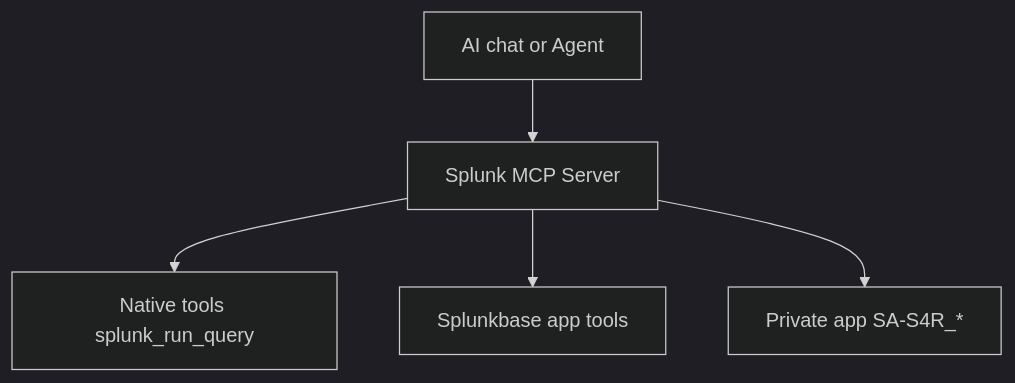
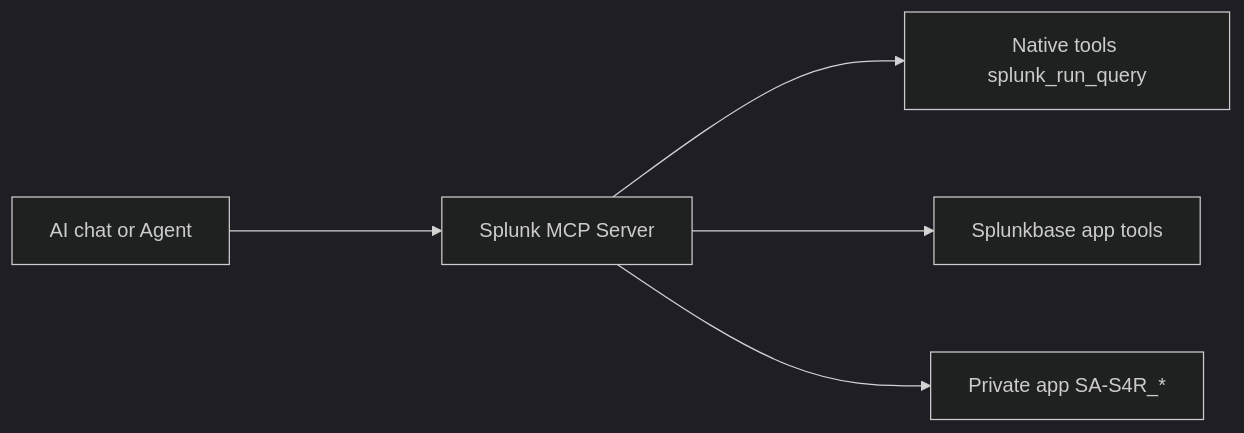
Before and after one commit to dd-Splunk/splunk-mcp: the first of 6 diagrams in demo-slides/s4r-demo-slides.md, drawn with Mermaid (dark theme). The commit also changed 1 other file, not shown here.

Commit message:
Redraw the Splunk MCP architecture slide left to right (#5)
* Redraw the Splunk MCP architecture slide left to right

All four arrows now point into the Splunk MCP Server node. Spacing is
widened so the diagram fills more of the slide.

* Point MCP architecture arrows from server to tool layers

Native tools, Splunkbase apps, and the private app now receive arrows
from the Splunk MCP Server node. Regenerate s4r-demo-slides.html.

---------

```diff
--- a/demo-slides/s4r-demo-slides.md
+++ b/demo-slides/s4r-demo-slides.md
@@ -183,12 +183,13 @@
 <pre class="mermaid">
-flowchart TB
+%%{init: {'flowchart': {'nodeSpacing': 70, 'rankSpacing': 170}}}%%
+flowchart LR
   AI["AI chat or Agent"]
-  MCP["Splunk MCP Server"]
   NAT["Native tools splunk_run_query"]
   BASE["Splunkbase app tools"]
   PRIV["Private app SA-S4R_*"]
+  MCP["Splunk MCP Server"]
   AI --> MCP
   MCP --> NAT
   MCP --> BASE
   MCP --> PRIV
 </pre>
```
